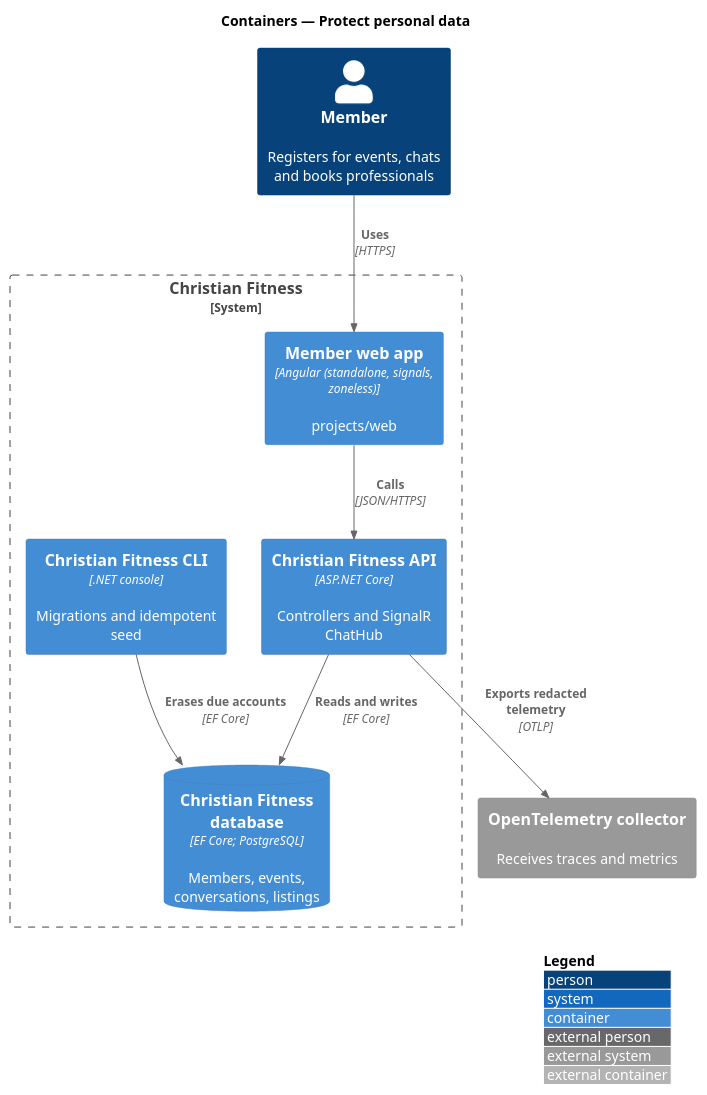
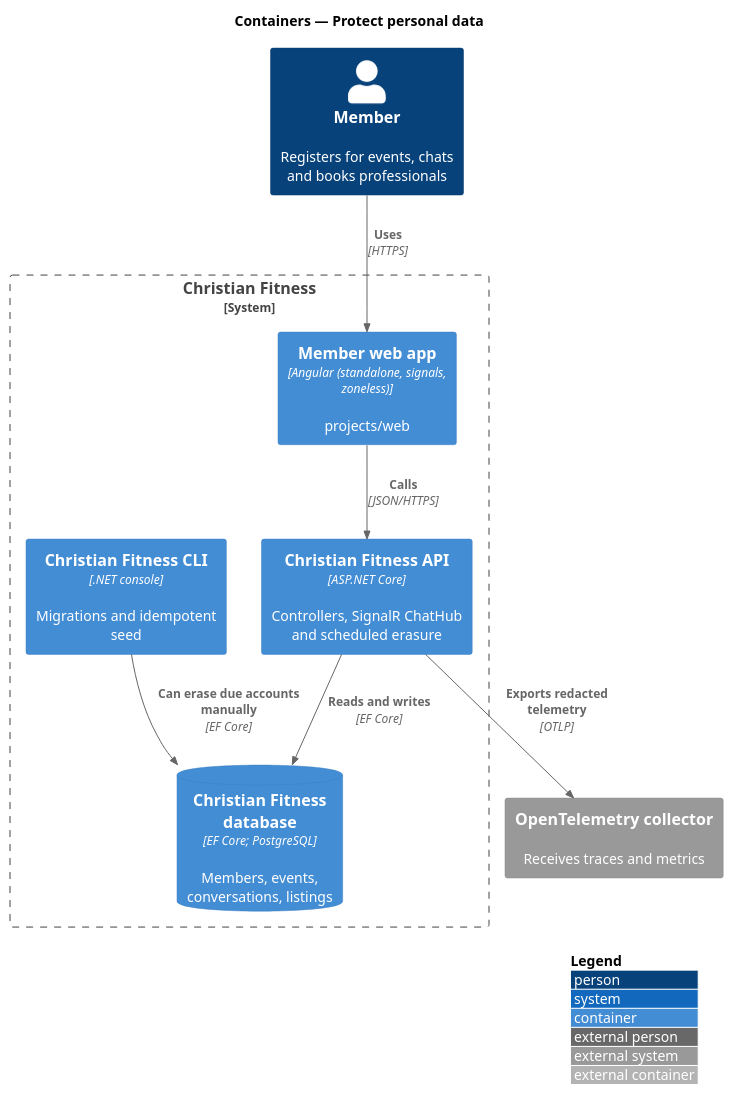
The diagram in docs/detailed-designs/security/protect-personal-data/diagrams/c4-container.puml (QuinntyneBrown/christian-fitness), drawn with PlantUML before and after one commit. The commit also changed 33 other files, not shown here.

```diff
--- a/docs/detailed-designs/security/protect-personal-data/diagrams/c4-container.puml
+++ b/docs/detailed-designs/security/protect-personal-data/diagrams/c4-container.puml
@@ -1,20 +1,20 @@
 @startuml
 !include <C4/C4_Container>
 LAYOUT_WITH_LEGEND()
 title Containers — Protect personal data
 
 Person(member, "Member", "Registers for events, chats and books professionals")
 System_Boundary(cf, "Christian Fitness") {
   Container(web, "Member web app", "Angular (standalone, signals, zoneless)", "projects/web")
-  Container(api, "Christian Fitness API", "ASP.NET Core", "Controllers and SignalR ChatHub")
+  Container(api, "Christian Fitness API", "ASP.NET Core", "Controllers, SignalR ChatHub and scheduled erasure")
   Container(cli, "Christian Fitness CLI", ".NET console", "Migrations and idempotent seed")
   ContainerDb(db, "Christian Fitness database", "EF Core; PostgreSQL", "Members, events, conversations, listings")
 }
 System_Ext(otel, "OpenTelemetry collector", "Receives traces and metrics")
 
 Rel(member, web, "Uses", "HTTPS")
 Rel(web, api, "Calls", "JSON/HTTPS")
 Rel(api, db, "Reads and writes", "EF Core")
-Rel(cli, db, "Erases due accounts", "EF Core")
+Rel(cli, db, "Can erase due accounts manually", "EF Core")
 Rel(api, otel, "Exports redacted telemetry", "OTLP")
 @enduml
```
